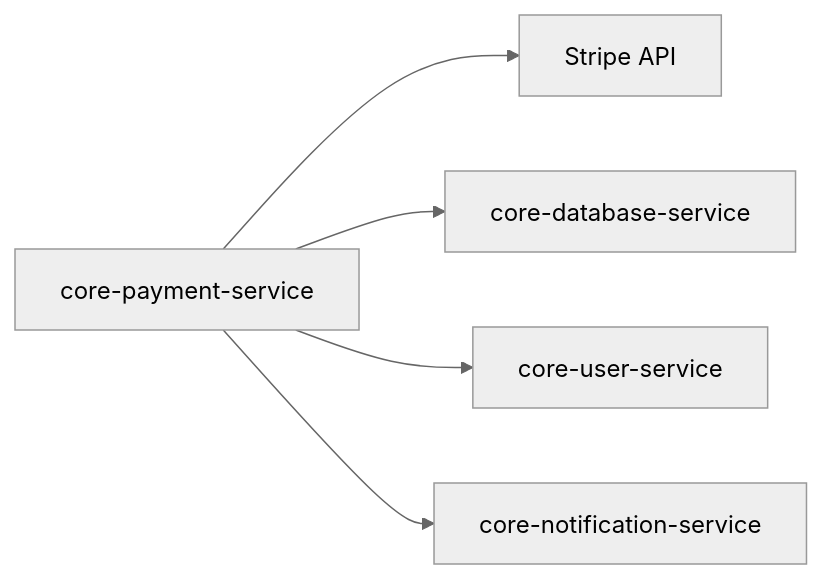
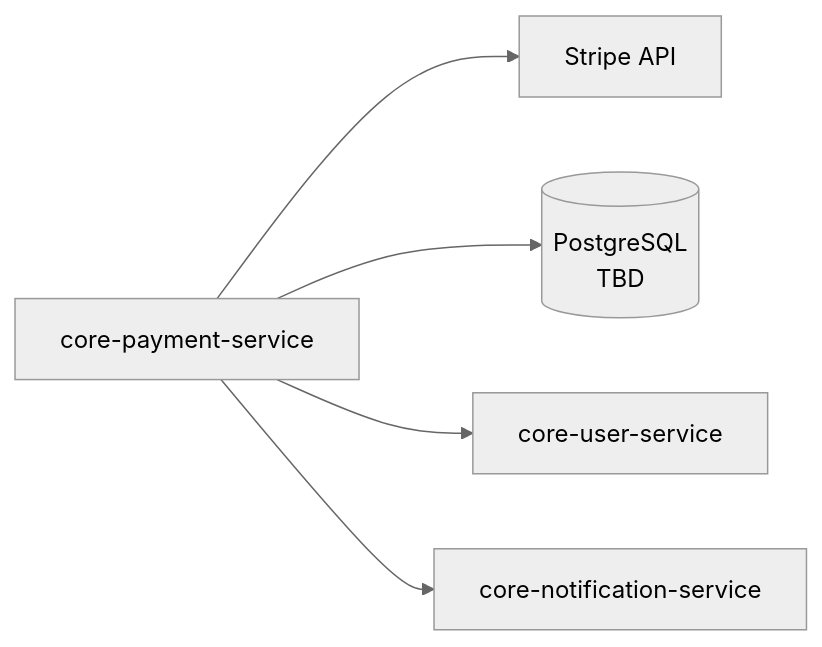
Before and after one commit to VisioBook-ESP/docs-architecture: the second of 4 diagrams in microservices/core-payment-service.md, drawn with Mermaid (neutral theme). The commit also changed other lines of this file and 15 other files, not shown here.

````diff
--- a/microservices/core-payment-service.md
+++ b/microservices/core-payment-service.md
@@ -176,7 +176,7 @@
 ```mermaid
 graph LR
     PAY[core-payment-service] --> STRIPE[Stripe API]
-    PAY --> DB[core-database-service]
+    PAY --> PG[(PostgreSQL<br/>TBD)]
     PAY --> USER[core-user-service]
     PAY --> NOTIF[core-notification-service]
 ```
````
